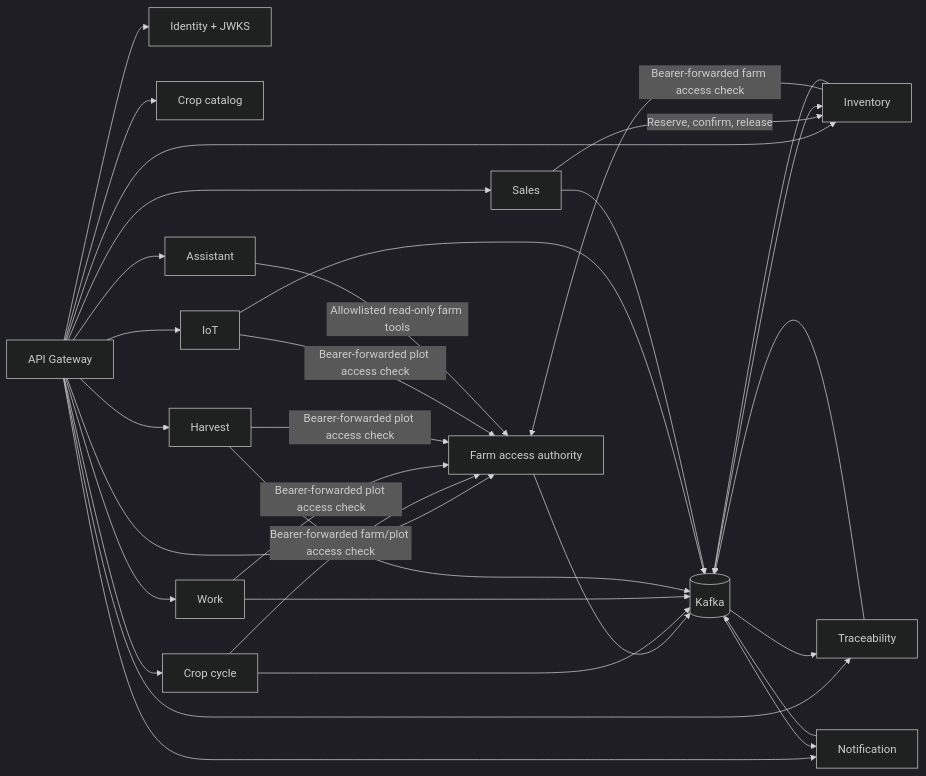
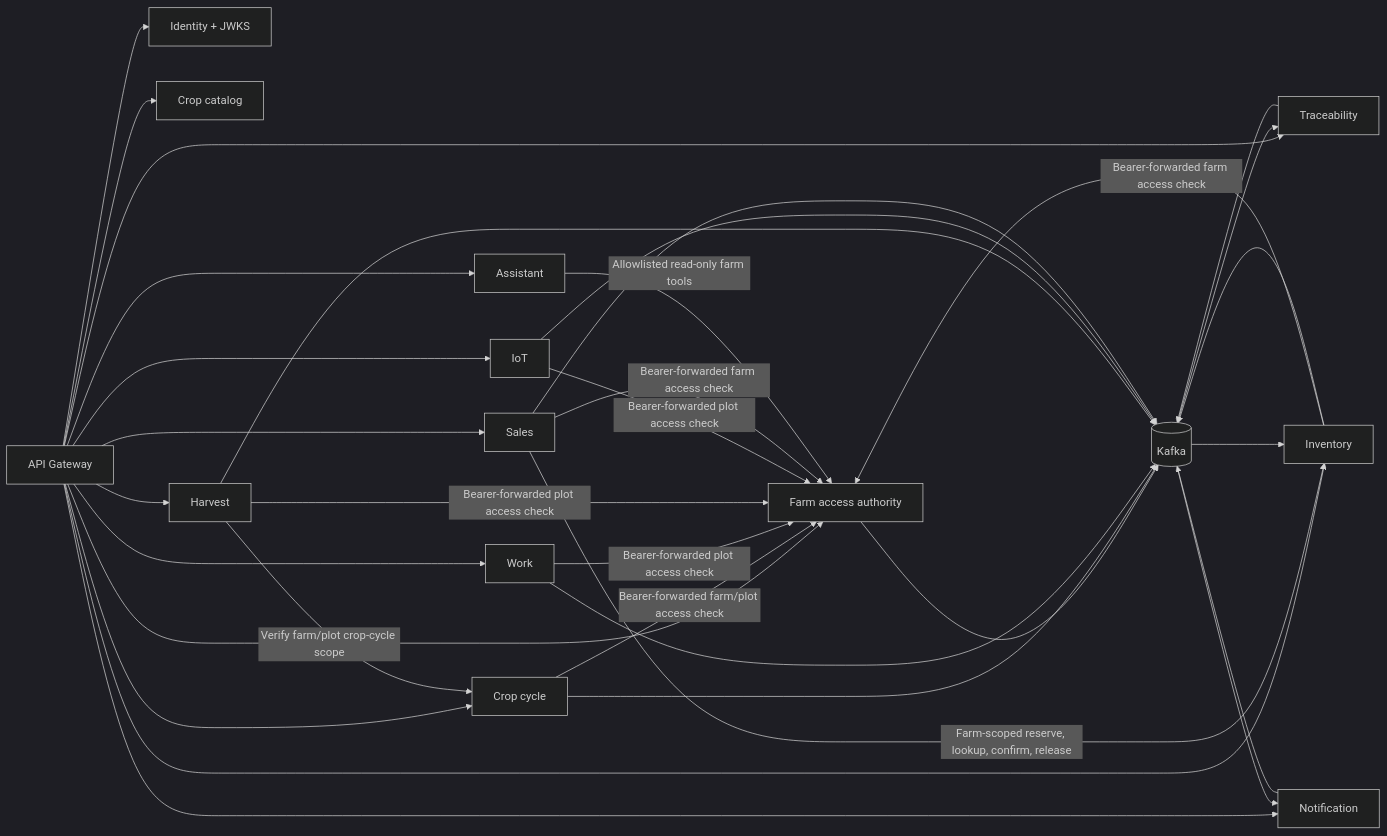
Before and after one commit to JasonTM17/AgriCore_SpringBoot_Microservices: the diagram in docs/diagrams/service-dependencies.md, drawn with Mermaid (dark theme). The commit also changed 9 other files, not shown here.

Commit message:
docs(architecture): synchronize service boundaries

````diff
--- a/docs/diagrams/service-dependencies.md
+++ b/docs/diagrams/service-dependencies.md
@@ -3,52 +3,54 @@
 ```mermaid
 flowchart LR
     gateway["API Gateway"]
     identity["Identity + JWKS"]
     farm["Farm access authority"]
     catalog["Crop catalog"]
     cycle["Crop cycle"]
     work["Work"]
     harvest["Harvest"]
     inventory["Inventory"]
     traceability["Traceability"]
     iot["IoT"]
     sales["Sales"]
     notification["Notification"]
     assistant["Assistant"]
     kafka[("Kafka")]
 
     gateway --> identity
     gateway --> farm
     gateway --> catalog
     gateway --> cycle
     gateway --> work
     gateway --> harvest
     gateway --> inventory
     gateway --> traceability
     gateway --> iot
     gateway --> sales
     gateway --> notification
     gateway --> assistant
 
     cycle -->|"Bearer-forwarded farm/plot access check"| farm
     work -->|"Bearer-forwarded plot access check"| farm
     harvest -->|"Bearer-forwarded plot access check"| farm
+    harvest -->|"Verify farm/plot crop-cycle scope"| cycle
     inventory -->|"Bearer-forwarded farm access check"| farm
     iot -->|"Bearer-forwarded plot access check"| farm
+    sales -->|"Bearer-forwarded farm access check"| farm
     assistant -->|"Allowlisted read-only farm tools"| farm
-    sales -->|"Reserve, confirm, release"| inventory
+    sales -->|"Farm-scoped reserve, lookup, confirm, release"| inventory
 
     farm --> kafka
     cycle --> kafka
     work --> kafka
     harvest --> kafka
     inventory --> kafka
     traceability --> kafka
     iot --> kafka
     sales --> kafka
     notification --> kafka
 
     kafka --> inventory
     kafka --> traceability
     kafka --> notification
 ```
````
